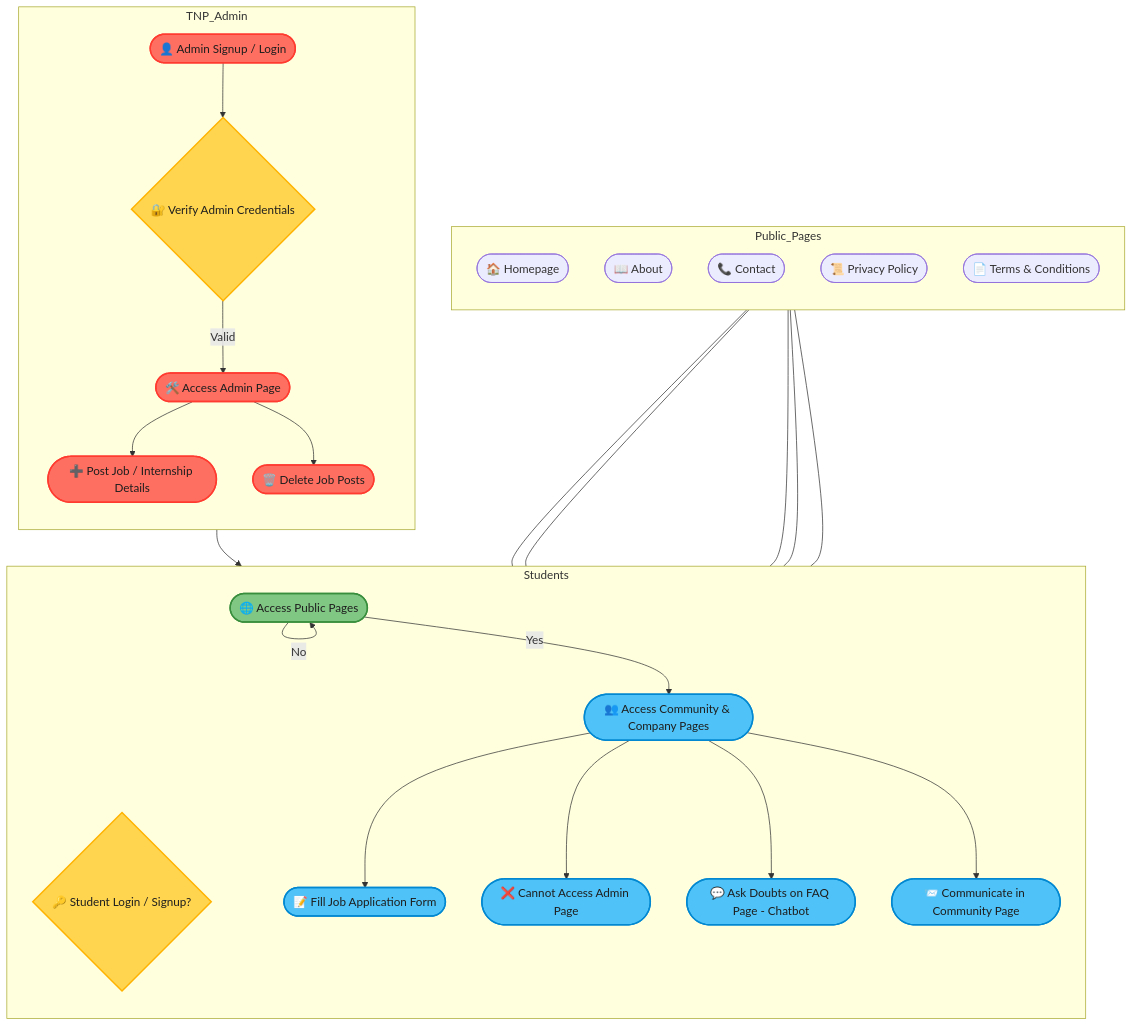
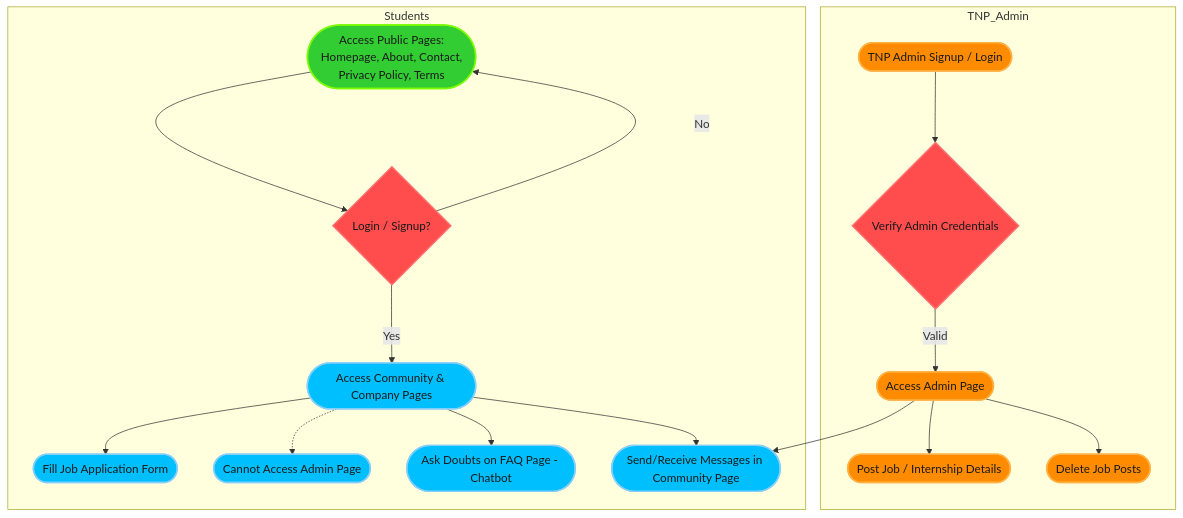
Before and after one commit to deepak-pandey1/BPIT-CareerHub: the diagram in README.md, drawn with Mermaid.

````diff
--- a/README.md
+++ b/README.md
@@ -9,63 +9,34 @@
 ```mermaid
 graph TD
-    %% Styling for dark mode with bright colors
-    classDef adminNode fill:#FF6F61,stroke:#FF3B30,stroke-width:2px,color:#1E1E1E,rounded
-    classDef studentNode fill:#4FC3F7,stroke:#0288D1,stroke-width:2px,color:#1E1E1E,rounded
-    classDef publicNode fill:#81C784,stroke:#388E3C,stroke-width:2px,color:#1E1E1E,rounded
-    classDef decisionNode fill:#FFD54F,stroke:#FFB300,stroke-width:2px,color:#1E1E1E,diamond
+    %% Define styles for dark theme
+    classDef adminNode fill:#ff8c00,stroke:#ffb347,stroke-width:2px,color:#1a1a1a,rounded
+    classDef studentNode fill:#00bfff,stroke:#87cefa,stroke-width:2px,color:#1a1a1a,rounded
+    classDef publicNode fill:#32cd32,stroke:#7cfc00,stroke-width:2px,color:#1a1a1a,rounded
+    classDef decisionNode fill:#ff4c4c,stroke:#ff6e6e,stroke-width:2px,color:#1a1a1a,diamond
 
-    %% Public Access Section
-    subgraph Public_Pages
-        direction TB
-        P1(["🏠 Homepage"])
-        P2(["📖 About"])
-        P3(["📞 Contact"])
-        P4(["📜 Privacy Policy"])
-        P5(["📄 Terms & Conditions"])
+    %% TNP Admin Flow
+    subgraph TNP_Admin
+        A1([TNP Admin Signup / Login]):::adminNode --> B1{Verify Admin Credentials}:::decisionNode
+        B1 -->|Valid| C1([Access Admin Page]):::adminNode
+        C1 --> D1([Post Job / Internship Details]):::adminNode
+        C1 --> E1([Delete Job Posts]):::adminNode
     end
 
-    %% Admin Section
-    subgraph TNP_Admin
-        direction TB
-        A1(["👤 Admin Signup / Login"]):::adminNode
-        B1{"🔐 Verify Admin Credentials"}:::decisionNode
-        C1(["🛠️ Access Admin Page"]):::adminNode
-        D1(["➕ Post Job / Internship Details"]):::adminNode
-        E1(["🗑️ Delete Job Posts"]):::adminNode
+    %% Students Flow
+    subgraph Students
+        F1([Access Public Pages:<br>Homepage, About, Contact,<br>Privacy Policy, Terms]):::publicNode --> G1{Login / Signup?}:::decisionNode
+        G1 -->|Yes| H1([Access Community & Company Pages]):::studentNode
+        G1 -->|No| F1
+
+        H1 --> I1([Fill Job Application Form]):::studentNode
+        H1 -.-> J1([Cannot Access Admin Page]):::studentNode
+
+        H1 --> K1([Ask Doubts on FAQ Page - Chatbot]):::studentNode
+
+        %% Communication in Community Page
+        H1 --> L1([Send/Receive Messages in Community Page]):::studentNode
+        C1 --> L1
     end
 
-    %% Students Section
-    subgraph Students
-        direction TB
-        F1{"🔑 Student Login / Signup?"}:::decisionNode
-        G1(["🌐 Access Public Pages"]):::publicNode
-        H1(["👥 Access Community & Company Pages"]):::studentNode
-        I1(["📝 Fill Job Application Form"]):::studentNode
-        J1(["❌ Cannot Access Admin Page"]):::studentNode
-        K1(["💬 Ask Doubts on FAQ Page - Chatbot"]):::studentNode
-        L1(["📨 Communicate in Community Page"]):::studentNode
-    end
-
-    %% Connections Public
-    G1 -->|No| G1
-    G1 -->|Yes| H1
-    H1 --> I1
-    H1 --> J1
-    H1 --> K1
-    H1 --> L1
-
-    %% Admin Connections
-    A1 --> B1
-    B1 -->|Valid| C1
-    C1 --> D1
-    C1 --> E1
-    C1 --> L1
-
-    %% Public pages visible without login/signup
-    P1 --- G1
-    P2 --- G1
-    P3 --- G1
-    P4 --- G1
-    P5 --- G1
 
 ```
````
